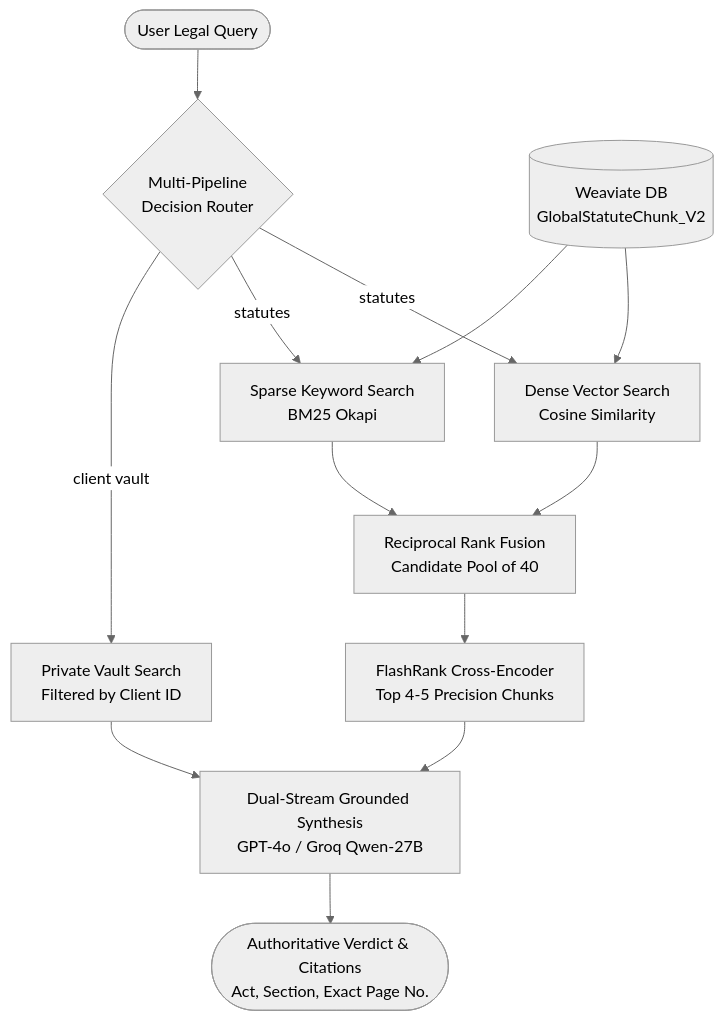
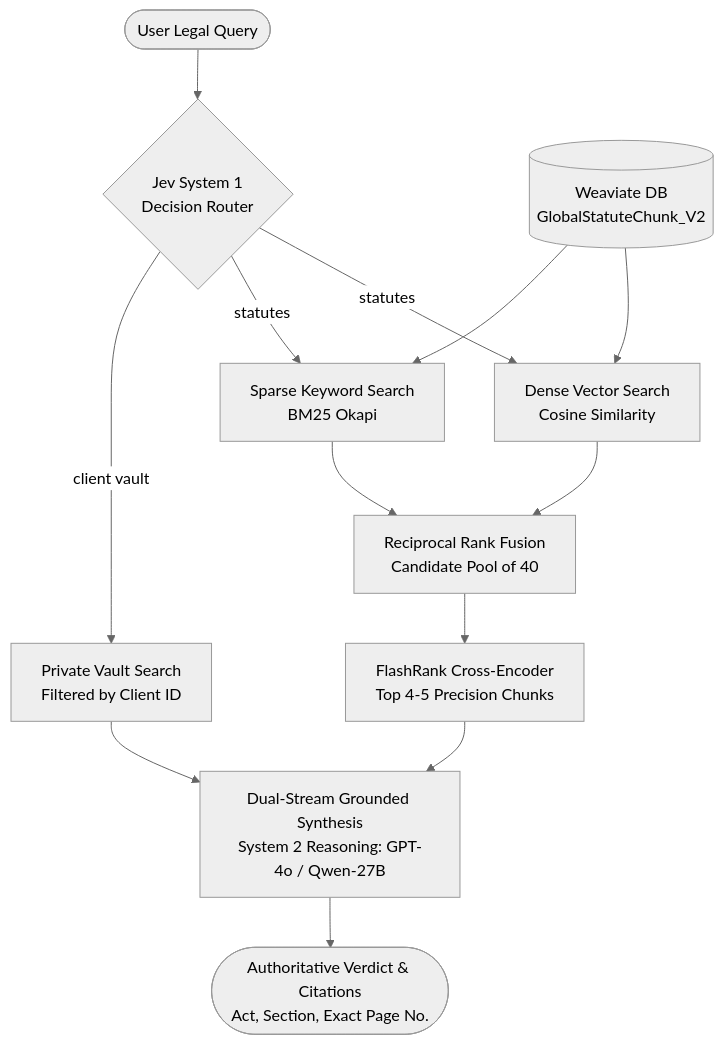
One commit to JaywardhanYadav/LegalDrishti-AI changed the fourth of 4 diagrams in README.md. Above: the diagram before and after it, drawn with Mermaid (neutral theme). The commit also changed other lines of this file and 1 other file, not shown here.

Commit message:
docs: delete docs folder, remove (Production Sovereign), and label Jev System 1 & System 2 Reasoning LLMs across V1 and V2

````diff
--- a/README.md
+++ b/README.md
@@ -90,21 +90,21 @@
 ```mermaid
 flowchart TD
-    U([User Legal Query]) --> ROUTER{Multi-Pipeline<br/>Decision Router}
+    U([User Legal Query]) --> ROUTER{Jev System 1<br/>Decision Router}
     
     ROUTER -->|statutes| S1[Dense Vector Search<br/>Cosine Similarity]
     ROUTER -->|statutes| S2[Sparse Keyword Search<br/>BM25 Okapi]
     ROUTER -->|client vault| V[Private Vault Search<br/>Filtered by Client ID]
     
     STORE[(Weaviate DB<br/>GlobalStatuteChunk_V2)] --> S1
     STORE --> S2
     
     S1 --> RRF[Reciprocal Rank Fusion<br/>Candidate Pool of 40]
     S2 --> RRF
     
     RRF --> RR[FlashRank Cross-Encoder<br/>Top 4-5 Precision Chunks]
     
-    RR --> SYN[Dual-Stream Grounded Synthesis<br/>GPT-4o / Groq Qwen-27B]
+    RR --> SYN[Dual-Stream Grounded Synthesis<br/>System 2 Reasoning: GPT-4o / Qwen-27B]
     V --> SYN
     
     SYN --> ANS([Authoritative Verdict & Citations<br/>Act, Section, Exact Page No.])
 ```
````
